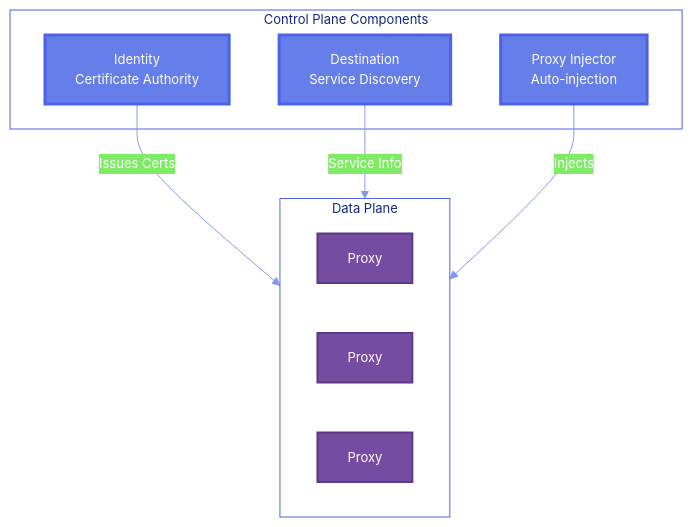
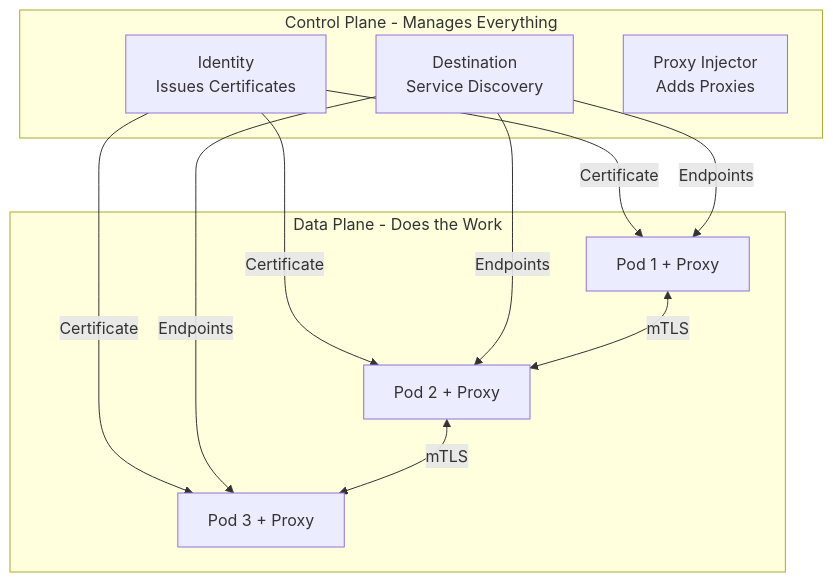
One commit to aprountzos/defogv2-wiki changed the third of 10 diagrams in docs/local-setup/linkerd.mdx. Above: the diagram before and after it, drawn with Mermaid. The commit also changed other lines of this file, not shown here.

````diff
--- a/docs/local-setup/linkerd.mdx
+++ b/docs/local-setup/linkerd.mdx
@@ -60,25 +98,25 @@
 ```mermaid
-%%{init: {'theme':'base', 'themeVariables': { 'primaryColor':'#667eea','primaryTextColor':'#fff','primaryBorderColor':'#4c63e8','lineColor':'#8099ec','background':'transparent','mainBkg':'#667eea','clusterBkg':'transparent','clusterBorder':'#4c63e8','fontSize':'13px'}}}%%
 graph TB
-    subgraph CP["Control Plane Components"]
-        Identity["Identity<br/>Certificate Authority"]
-        Destination["Destination<br/>Service Discovery"]
-        ProxyInj["Proxy Injector<br/>Auto-injection"]
+    subgraph ControlPlane[Control Plane - Manages Everything]
+        Identity[Identity<br/>Issues Certificates]
+        Destination[Destination<br/>Service Discovery]
+        ProxyInjector[Proxy Injector<br/>Adds Proxies]
     end
     
-    subgraph DP["Data Plane"]
-        P1["Proxy"]
-        P2["Proxy"]
-        P3["Proxy"]
+    subgraph DataPlane[Data Plane - Does the Work]
+        Pod1[Pod 1 + Proxy]
+        Pod2[Pod 2 + Proxy]
+        Pod3[Pod 3 + Proxy]
     end
     
-    Identity -->|Issues Certs| DP
-    Destination -->|Service Info| DP
-    ProxyInj -->|Injects| DP
+    Identity -->|Certificate| Pod1
+    Identity -->|Certificate| Pod2
+    Identity -->|Certificate| Pod3
     
-    classDef cpStyle fill:#667eea,stroke:#4c63e8,stroke-width:3px,color:#fff
-    classDef dpStyle fill:#764ba2,stroke:#5d3b82,stroke-width:2px,color:#fff
+    Destination -->|Endpoints| Pod1
+    Destination -->|Endpoints| Pod2
+    Destination -->|Endpoints| Pod3
     
-    class Identity,Destination,ProxyInj cpStyle
-    class P1,P2,P3 dpStyle
+    Pod1 <-->|mTLS| Pod2
+    Pod2 <-->|mTLS| Pod3
 ```
````
